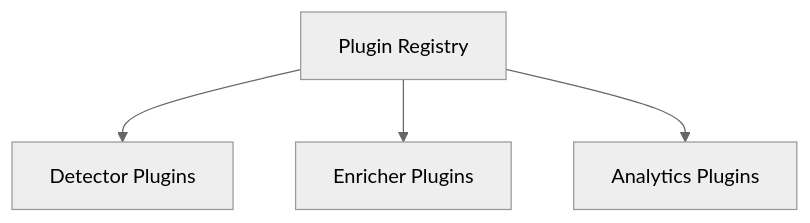
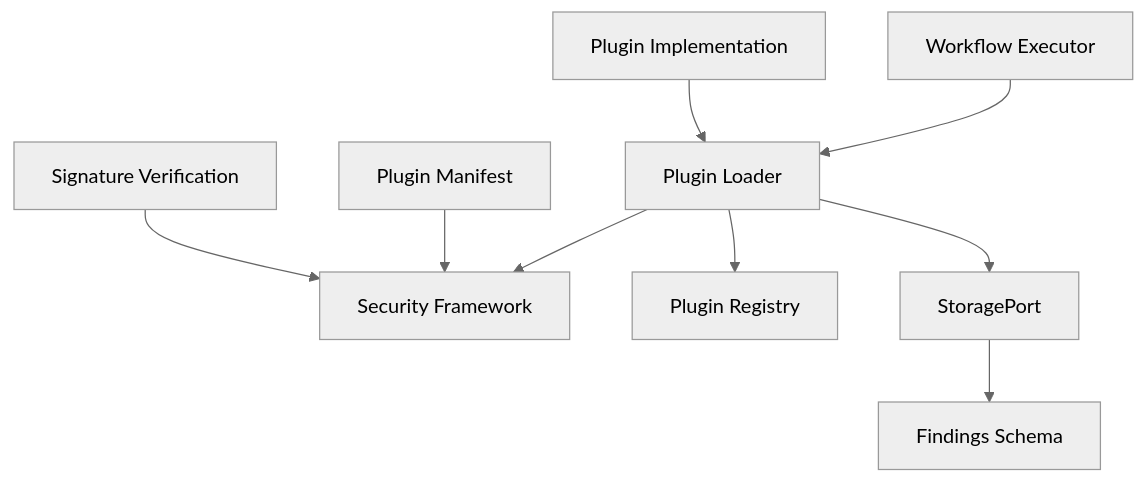
Before and after one commit to Juhertra/dev: the first of 2 diagrams in docs/architecture/06-plugin-system.md, drawn with Mermaid. The commit also changed other lines of this file and 124 other files, not shown here.

````diff
--- a/docs/architecture/06-plugin-system.md
+++ b/docs/architecture/06-plugin-system.md
@@ -44,12 +39,24 @@
 ```mermaid
 %%{init: {"theme":"neutral"}}%%
 flowchart TD
-    A["Plugin Registry"]
-    B["Detector Plugins"]
-    C["Enricher Plugins"]
-    D["Analytics Plugins"]
+    A["Workflow Executor"]
+    B["Plugin Loader"]
+    C["Security Framework"]
+    D["Plugin Registry"]
+    E["StoragePort"]
+    F["Findings Schema"]
     
     A --> B
-    A --> C
-    A --> D
+    B --> C
+    B --> D
+    B --> E
+    E --> F
+    
+    G["Plugin Implementation"]
+    H["Plugin Manifest"]
+    I["Signature Verification"]
+    
+    G --> B
+    H --> C
+    I --> C
 ```
````
